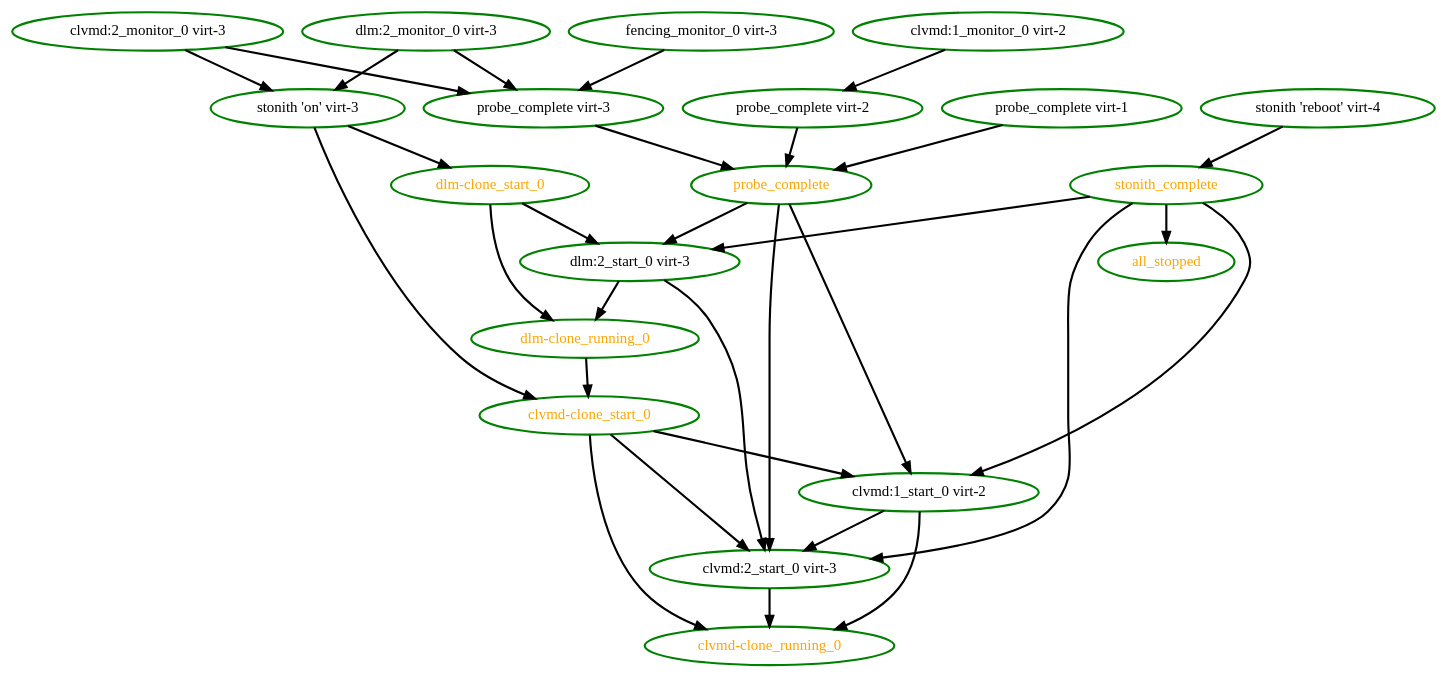
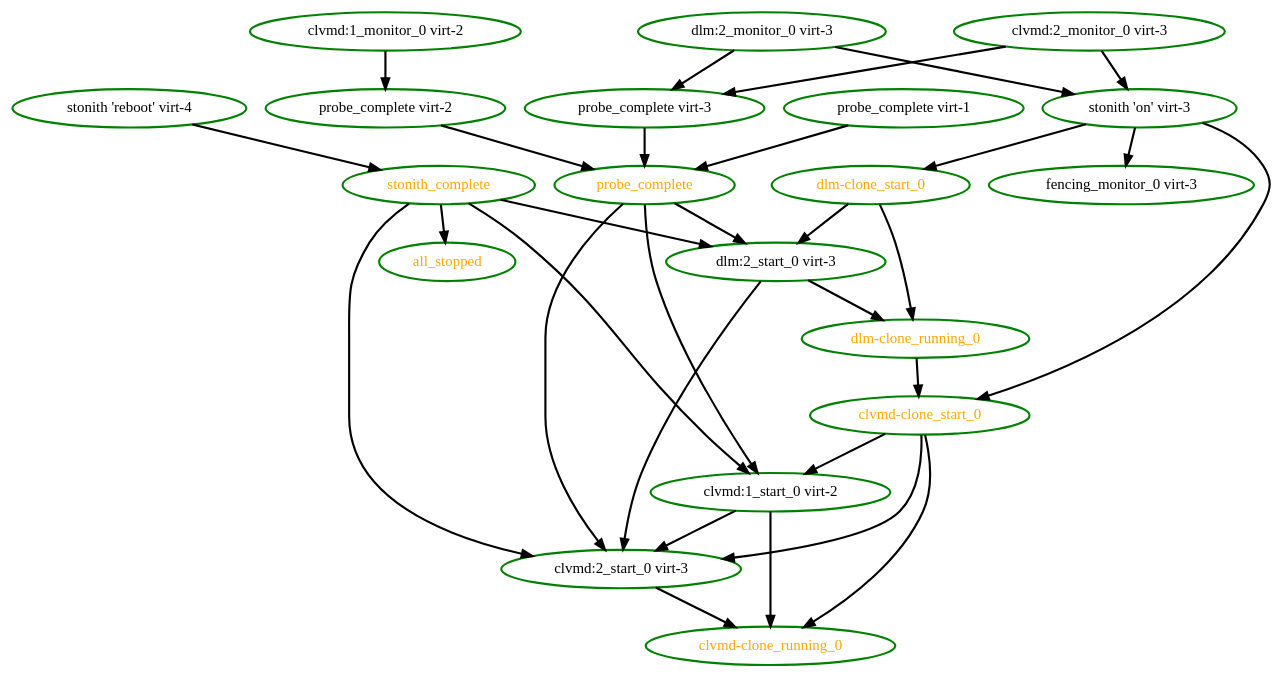
The diagram in pengine/test10/unfence-startup.dot (ClusterLabs/pacemaker), drawn with Graphviz before and after one commit. The commit also changed 10 other files, not shown here.

```diff
--- a/pengine/test10/unfence-startup.dot
+++ b/pengine/test10/unfence-startup.dot
@@ -1,51 +1,51 @@
 digraph "g" {
 "all_stopped" [ style=bold color="green" fontcolor="orange"]
 "clvmd-clone_running_0" [ style=bold color="green" fontcolor="orange"]
 "clvmd-clone_start_0" -> "clvmd-clone_running_0" [ style = bold]
 "clvmd-clone_start_0" -> "clvmd:1_start_0 virt-2" [ style = bold]
 "clvmd-clone_start_0" -> "clvmd:2_start_0 virt-3" [ style = bold]
 "clvmd-clone_start_0" [ style=bold color="green" fontcolor="orange"]
 "clvmd:1_monitor_0 virt-2" -> "probe_complete virt-2" [ style = bold]
 "clvmd:1_monitor_0 virt-2" [ style=bold color="green" fontcolor="black"]
 "clvmd:1_start_0 virt-2" -> "clvmd-clone_running_0" [ style = bold]
 "clvmd:1_start_0 virt-2" -> "clvmd:2_start_0 virt-3" [ style = bold]
 "clvmd:1_start_0 virt-2" [ style=bold color="green" fontcolor="black"]
 "clvmd:2_monitor_0 virt-3" -> "probe_complete virt-3" [ style = bold]
 "clvmd:2_monitor_0 virt-3" -> "stonith 'on' virt-3" [ style = bold]
 "clvmd:2_monitor_0 virt-3" [ style=bold color="green" fontcolor="black"]
 "clvmd:2_start_0 virt-3" -> "clvmd-clone_running_0" [ style = bold]
 "clvmd:2_start_0 virt-3" [ style=bold color="green" fontcolor="black"]
 "dlm-clone_running_0" -> "clvmd-clone_start_0" [ style = bold]
 "dlm-clone_running_0" [ style=bold color="green" fontcolor="orange"]
 "dlm-clone_start_0" -> "dlm-clone_running_0" [ style = bold]
 "dlm-clone_start_0" -> "dlm:2_start_0 virt-3" [ style = bold]
 "dlm-clone_start_0" [ style=bold color="green" fontcolor="orange"]
 "dlm:2_monitor_0 virt-3" -> "probe_complete virt-3" [ style = bold]
 "dlm:2_monitor_0 virt-3" -> "stonith 'on' virt-3" [ style = bold]
 "dlm:2_monitor_0 virt-3" [ style=bold color="green" fontcolor="black"]
 "dlm:2_start_0 virt-3" -> "clvmd:2_start_0 virt-3" [ style = bold]
 "dlm:2_start_0 virt-3" -> "dlm-clone_running_0" [ style = bold]
 "dlm:2_start_0 virt-3" [ style=bold color="green" fontcolor="black"]
-"fencing_monitor_0 virt-3" -> "probe_complete virt-3" [ style = bold]
 "fencing_monitor_0 virt-3" [ style=bold color="green" fontcolor="black"]
 "probe_complete virt-1" -> "probe_complete" [ style = bold]
 "probe_complete virt-1" [ style=bold color="green" fontcolor="black"]
 "probe_complete virt-2" -> "probe_complete" [ style = bold]
 "probe_complete virt-2" [ style=bold color="green" fontcolor="black"]
 "probe_complete virt-3" -> "probe_complete" [ style = bold]
 "probe_complete virt-3" [ style=bold color="green" fontcolor="black"]
 "probe_complete" -> "clvmd:1_start_0 virt-2" [ style = bold]
 "probe_complete" -> "clvmd:2_start_0 virt-3" [ style = bold]
 "probe_complete" -> "dlm:2_start_0 virt-3" [ style = bold]
 "probe_complete" [ style=bold color="green" fontcolor="orange"]
 "stonith 'on' virt-3" -> "clvmd-clone_start_0" [ style = bold]
 "stonith 'on' virt-3" -> "dlm-clone_start_0" [ style = bold]
+"stonith 'on' virt-3" -> "fencing_monitor_0 virt-3" [ style = bold]
 "stonith 'on' virt-3" [ style=bold color="green" fontcolor="black"]
 "stonith 'reboot' virt-4" -> "stonith_complete" [ style = bold]
 "stonith 'reboot' virt-4" [ style=bold color="green" fontcolor="black"]
 "stonith_complete" -> "all_stopped" [ style = bold]
 "stonith_complete" -> "clvmd:1_start_0 virt-2" [ style = bold]
 "stonith_complete" -> "clvmd:2_start_0 virt-3" [ style = bold]
 "stonith_complete" -> "dlm:2_start_0 virt-3" [ style = bold]
 "stonith_complete" [ style=bold color="green" fontcolor="orange"]
 }
```
